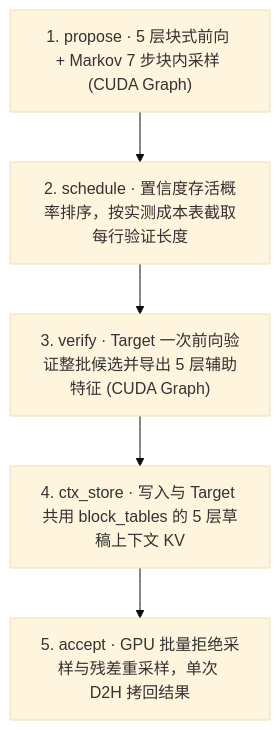
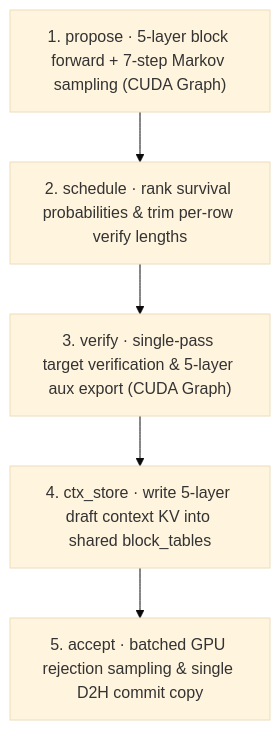
Before and after one commit to tianyuantong/nano-vllm-speculative-decoding: the diagram in README.md, drawn with Mermaid (base theme). The commit also changed other lines of this file and 3 other files, not shown here.

````diff
--- a/README.md
+++ b/README.md
@@ -43,7 +43,7 @@
 ```mermaid
 flowchart TB
-    P["1. propose · 5 层块式前向 + Markov 7 步块内采样 (CUDA Graph)"] --> S["2. schedule · 置信度存活概率排序，按实测成本表截取每行验证长度"]
-    S --> V["3. verify · Target 一次前向验证整批候选并导出 5 层辅助特征 (CUDA Graph)"]
-    V --> K["4. ctx_store · 写入与 Target 共用 block_tables 的 5 层草稿上下文 KV"]
-    K --> A["5. accept · GPU 批量拒绝采样与残差重采样，单次 D2H 拷回结果"]
+    P["1. propose · 5-layer block forward + 7-step Markov sampling (CUDA Graph)"] --> S["2. schedule · rank survival probabilities & trim per-row verify lengths"]
+    S --> V["3. verify · single-pass target verification & 5-layer aux export (CUDA Graph)"]
+    V --> K["4. ctx_store · write 5-layer draft context KV into shared block_tables"]
+    K --> A["5. accept · batched GPU rejection sampling & single D2H commit copy"]
 ```
````
